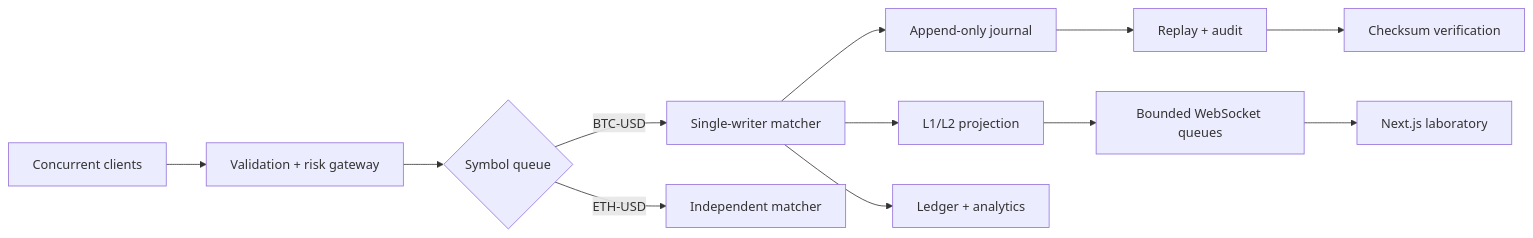
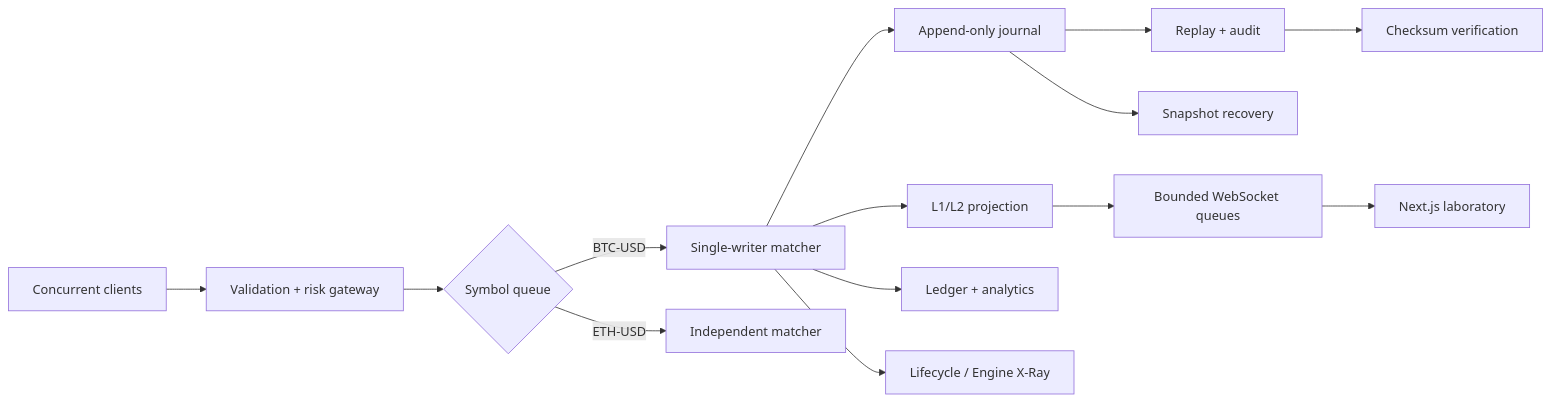
Before and after one commit to dumpydon/limitx: the diagram in README.md, drawn with Mermaid. The commit also changed other lines of this file and 65 other files, not shown here.

````diff
--- a/README.md
+++ b/README.md
@@ -43,14 +64,16 @@
 ```mermaid
 flowchart LR
     C[Concurrent clients] --> G[Validation + risk gateway]
     G --> Q{Symbol queue}
     Q -->|BTC-USD| B[Single-writer matcher]
     Q -->|ETH-USD| E[Independent matcher]
     B --> J[Append-only journal]
     B --> P[L1/L2 projection]
     B --> A[Ledger + analytics]
+    B --> X[Lifecycle / Engine X-Ray]
     P --> W[Bounded WebSocket queues]
     W --> U[Next.js laboratory]
     J --> R[Replay + audit]
+    J --> S[Snapshot recovery]
     R --> H[Checksum verification]
 ```
````
